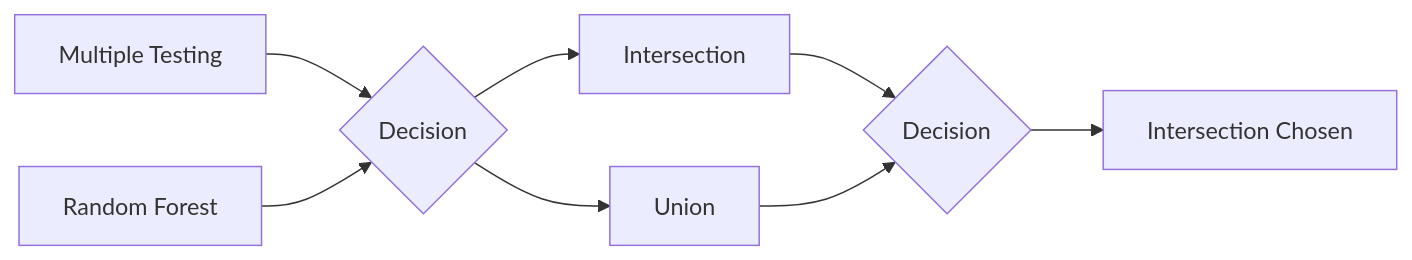
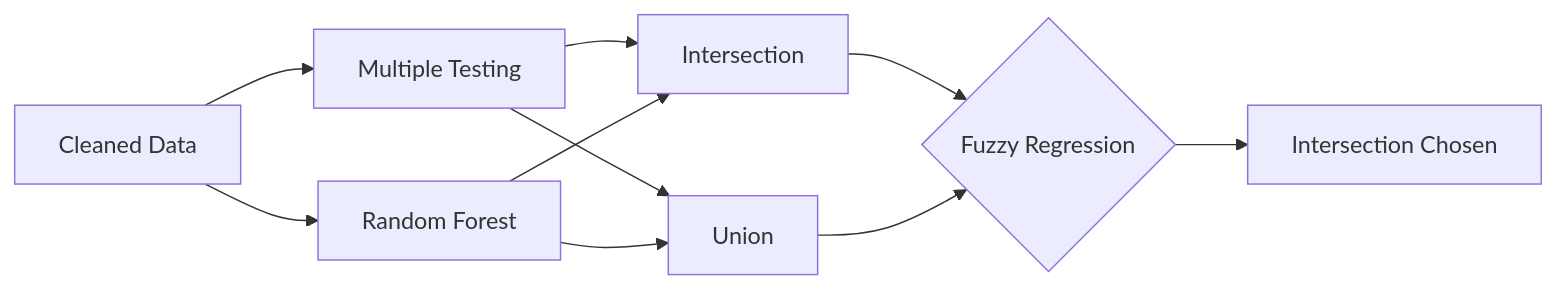
One commit to pstat-197a-fall2026/module1-biomarker-main-team5 changed the diagram in results/report.qmd. Above: the diagram before and after it, drawn with Mermaid. The commit also changed 1 other file, not shown here.

Commit message:
revised flowchart

````diff
--- a/results/report.qmd
+++ b/results/report.qmd
@@ -42,10 +42,12 @@
 ```{mermaid}
 flowchart LR
-  A[Multiple Testing] --> C{Decision}
-  B[Random Forest] --> C{Decision}
-  C --> D[Intersection]
-  C --> E[Union]
-  D --> F{Decision}
-  E --> F{Decision}
+  Z[Cleaned Data] --> A
+  Z --> B
+  A[Multiple Testing] --> D[Intersection]
+  A --> E[Union]
+  B[Random Forest] --> D
+  B --> E
+  D --> F{Fuzzy Regression}
+  E --> F{Fuzzy Regression}
   F --> G[Intersection Chosen]
 ```
````
